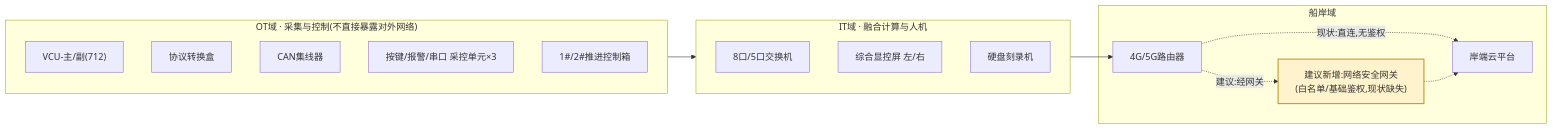
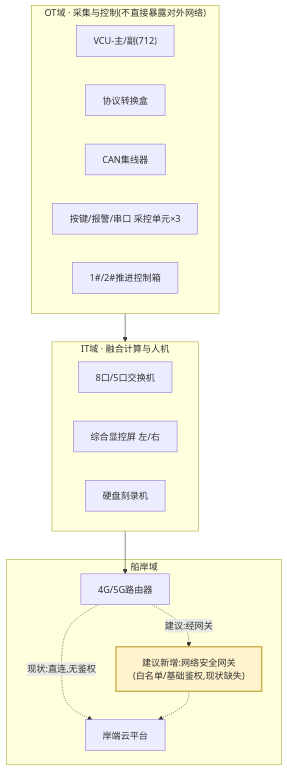
One commit to JOMECDESIGN/sales-proposal changed the fifth of 5 diagrams in projects/武汉东湖智能游艇示范项目/驾控台及智控系统-技术方案-V2-对标升级版.md. Above: the diagram before and after it, drawn with Mermaid. The commit also changed other lines of this file and 12 other files, not shown here.

First line of the commit message:
docs(projects): 三份材料增加智控/驾控台归属区分、澄清项着色、放大拓扑图

````diff
--- a/projects/武汉东湖智能游艇示范项目/驾控台及智控系统-技术方案-V2-对标升级版.md
+++ b/projects/武汉东湖智能游艇示范项目/驾控台及智控系统-技术方案-V2-对标升级版.md
@@ -606,29 +618,29 @@
 ```mermaid
-flowchart LR
+flowchart TB
     subgraph OT["OT域 · 采集与控制(不直接暴露对外网络)"]
         VCU["VCU-主/副(712)"]
         PROTO["协议转换盒"]
         CANHUB["CAN集线器"]
         UNITS["按键/报警/串口 采控单元×3"]
         PODC["1#/2#推进控制箱"]
     end
     subgraph IT["IT域 · 融合计算与人机"]
         SW["8口/5口交换机"]
         HMI["综合显控屏 左/右"]
         NVR["硬盘刻录机"]
     end
     subgraph SHORE_D["船岸域"]
         GATEWAY["建议新增:网络安全网关<br/>(白名单/基础鉴权,现状缺失)"]
         ROUTER["4G/5G路由器"]
         CLOUD["岸端云平台"]
     end
 
     OT --> IT
     IT --> ROUTER
     ROUTER -.现状:直连,无鉴权.-> CLOUD
     ROUTER -.建议:经网关.-> GATEWAY
     GATEWAY -.-> CLOUD
 
     classDef gap fill:#fff3cd,stroke:#c0a030,stroke-width:2px
     class GATEWAY gap
 ```
````
